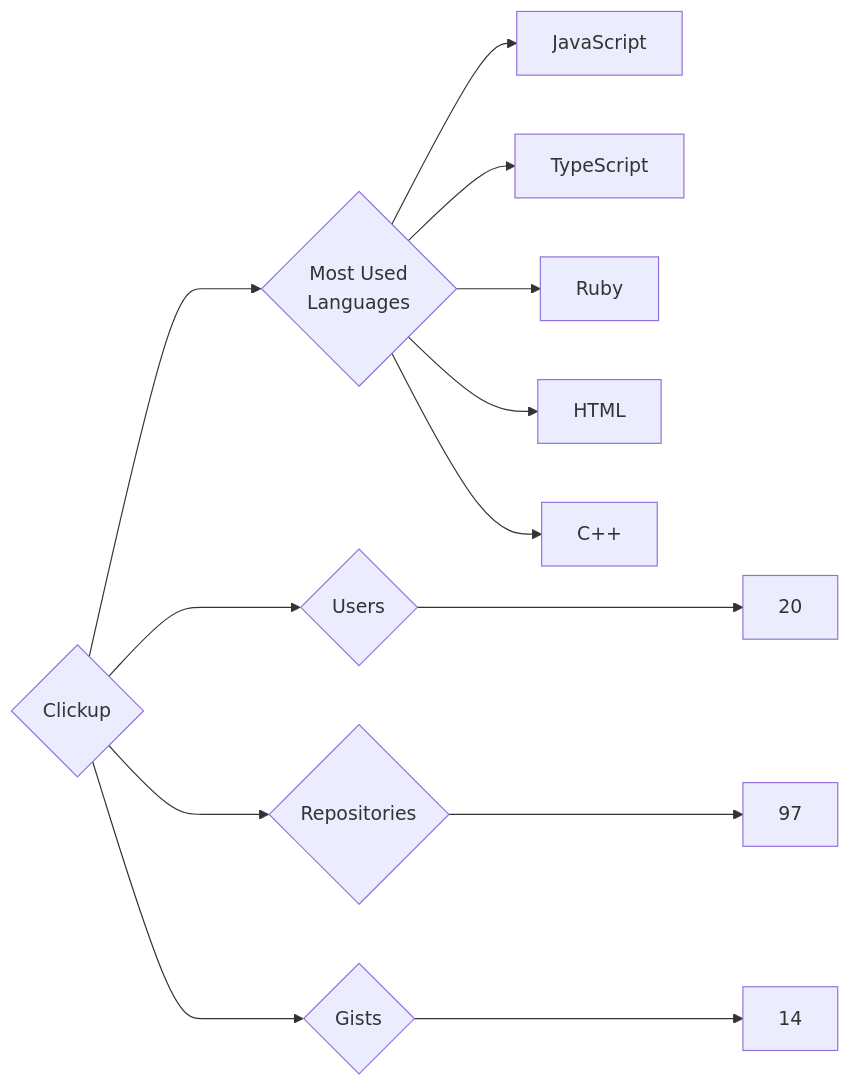
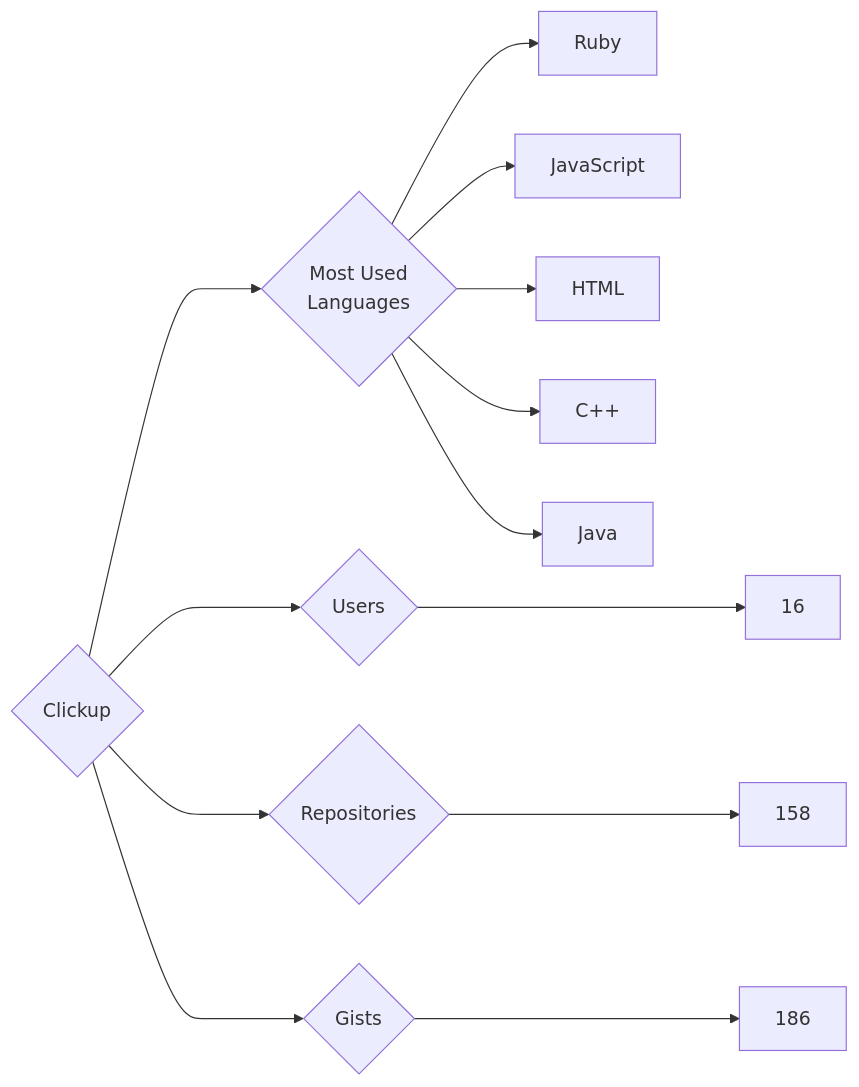
Before and after one commit to trickest/insiders: the diagram in targets/Clickup/README.md, drawn with Mermaid. The commit also changed 611 other files, not shown here.

````diff
--- a/targets/Clickup/README.md
+++ b/targets/Clickup/README.md
@@ -3,13 +3,13 @@
 ```mermaid
 graph LR
 COMPANY_NAME{Clickup}
-COMPANY_NAME ---> U{Users} ---> UN[20]
-COMPANY_NAME ---> R{Repositories} ---> RN[97]
-COMPANY_NAME ---> G{Gists} ---> GN[14]
+COMPANY_NAME ---> U{Users} ---> UN[16]
+COMPANY_NAME ---> R{Repositories} ---> RN[158]
+COMPANY_NAME ---> G{Gists} ---> GN[186]
 COMPANY_NAME ---> ML{Most Used<br>Languages}
+ML --> Ruby[Ruby]
 ML --> JavaScript[JavaScript]
-ML --> TypeScript[TypeScript]
-ML --> Ruby[Ruby]
 ML --> HTML[HTML]
 ML --> C++[C++]
+ML --> Java[Java]
 ```
````
